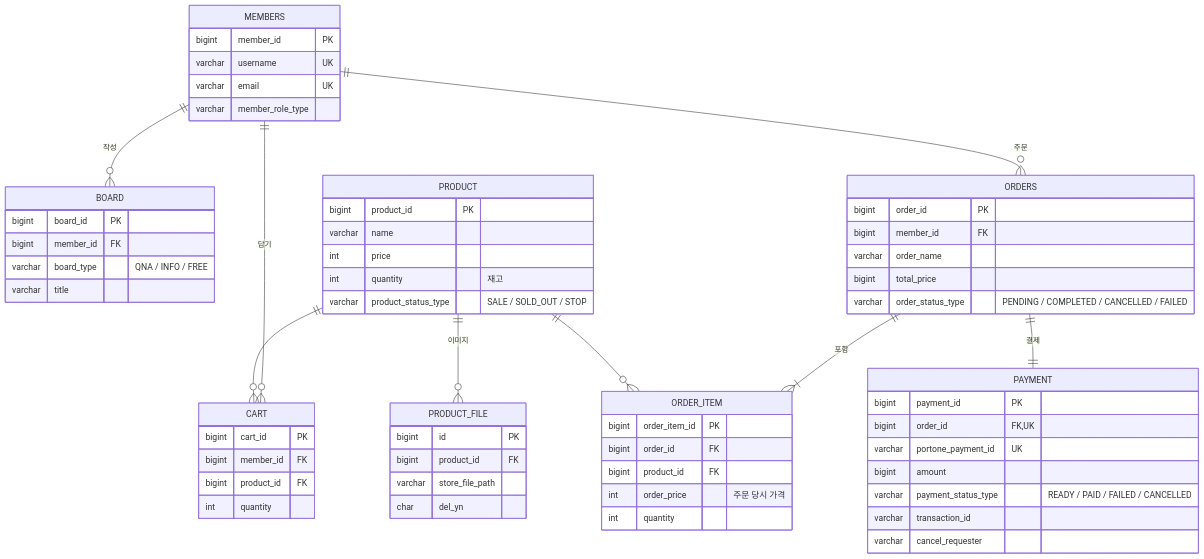
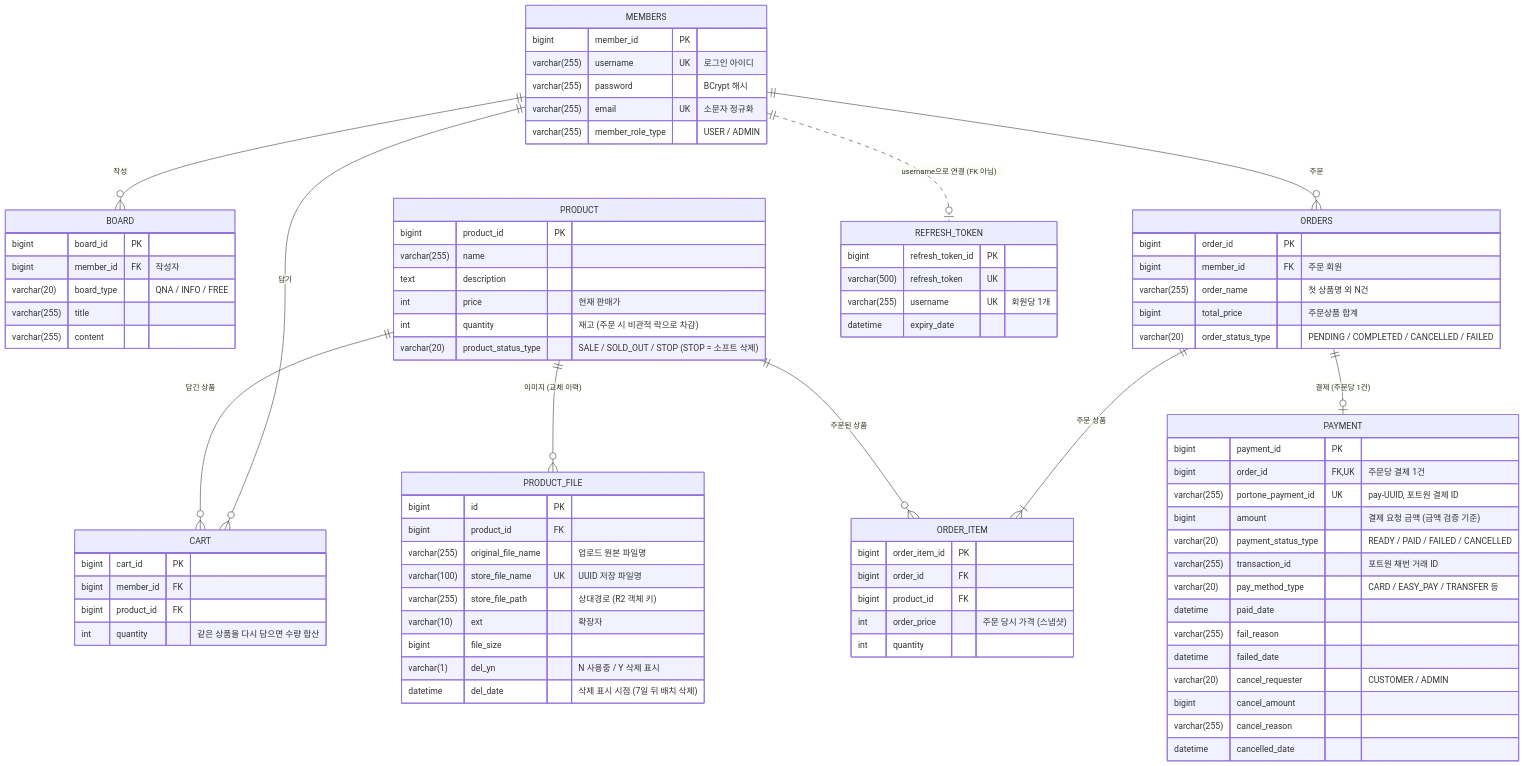
One commit to junghun92/baseshop changed the third of 4 diagrams in README.md. Above: the diagram before and after it, drawn with Mermaid. The commit also changed other lines of this file, not shown here.

````diff
--- a/README.md
+++ b/README.md
@@ -92,65 +97,87 @@
 erDiagram
     MEMBERS ||--o{ BOARD : "작성"
     MEMBERS ||--o{ CART : "담기"
-    PRODUCT ||--o{ CART : ""
+    PRODUCT ||--o{ CART : "담긴 상품"
     MEMBERS ||--o{ ORDERS : "주문"
-    ORDERS ||--|{ ORDER_ITEM : "포함"
-    PRODUCT ||--o{ ORDER_ITEM : ""
-    ORDERS ||--|| PAYMENT : "결제"
-    PRODUCT ||--o{ PRODUCT_FILE : "이미지"
+    ORDERS ||--|{ ORDER_ITEM : "주문 상품"
+    PRODUCT ||--o{ ORDER_ITEM : "주문된 상품"
+    ORDERS ||--o| PAYMENT : "결제 (주문당 1건)"
+    PRODUCT ||--o{ PRODUCT_FILE : "이미지 (교체 이력)"
+    MEMBERS ||..o| REFRESH_TOKEN : "username으로 연결 (FK 아님)"
 
     MEMBERS {
         bigint member_id PK
-        varchar username UK
-        varchar email UK
-        varchar member_role_type
+        varchar(255) username UK "로그인 아이디"
+        varchar(255) password "BCrypt 해시"
+        varchar(255) email UK "소문자 정규화"
+        varchar(255) member_role_type "USER / ADMIN"
+    }
+    BOARD {
+        bigint board_id PK
+        bigint member_id FK "작성자"
+        varchar(20) board_type "QNA / INFO / FREE"
+        varchar(255) title
+        varchar(255) content
     }
     PRODUCT {
         bigint product_id PK
-        varchar name
-        int price
-        int quantity "재고"
-        varchar product_status_type "SALE / SOLD_OUT / STOP"
+        varchar(255) name
+        text description
+        int price "현재 판매가"
+        int quantity "재고 (주문 시 비관적 락으로 차감)"
+        varchar(20) product_status_type "SALE / SOLD_OUT / STOP (STOP = 소프트 삭제)"
+    }
+    PRODUCT_FILE {
+        bigint id PK
+        bigint product_id FK
+        varchar(255) original_file_name "업로드 원본 파일명"
+        varchar(100) store_file_name UK "UUID 저장 파일명"
+        varchar(255) store_file_path "상대경로 (R2 객체 키)"
+        varchar(10) ext "확장자"
+        bigint file_size
+        varchar(1) del_yn "N 사용중 / Y 삭제 표시"
+        datetime del_date "삭제 표시 시점 (7일 뒤 배치 삭제)"
+    }
+    CART {
+        bigint cart_id PK
+        bigint member_id FK
+        bigint product_id FK
+        int quantity "같은 상품을 다시 담으면 수량 합산"
     }
     ORDERS {
         bigint order_id PK
-        bigint member_id FK
-        varchar order_name
-        bigint total_price
-        varchar order_status_type "PENDING / COMPLETED / CANCELLED / FAILED"
+        bigint member_id FK "주문 회원"
+        varchar(255) order_name "첫 상품명 외 N건"
+        bigint total_price "주문상품 합계"
+        varchar(20) order_status_type "PENDING / COMPLETED / CANCELLED / FAILED"
     }
     ORDER_ITEM {
         bigint order_item_id PK
         bigint order_id FK
         bigint product_id FK
-        int order_price "주문 당시 가격"
+        int order_price "주문 당시 가격 (스냅샷)"
         int quantity
     }
     PAYMENT {
         bigint payment_id PK
-        bigint order_id FK, UK
-        varchar portone_payment_id UK
-        bigint amount
-        varchar payment_status_type "READY / PAID / FAILED / CANCELLED"
-        varchar transaction_id
-        varchar cancel_requester
+        bigint order_id FK, UK "주문당 결제 1건"
+        varchar(255) portone_payment_id UK "pay-UUID, 포트원 결제 ID"
+        bigint amount "결제 요청 금액 (금액 검증 기준)"
+        varchar(20) payment_status_type "READY / PAID / FAILED / CANCELLED"
+        varchar(255) transaction_id "포트원 채번 거래 ID"
+        varchar(20) pay_method_type "CARD / EASY_PAY / TRANSFER 등"
+        datetime paid_date
+        varchar(255) fail_reason
+        datetime failed_date
+        varchar(20) cancel_requester "CUSTOMER / ADMIN"
+        bigint cancel_amount
+        varchar(255) cancel_reason
+        datetime cancelled_date
     }
-    CART {
-        bigint cart_id PK
-        bigint member_id FK
-        bigint product_id FK
-        int quantity
-    }
-    PRODUCT_FILE {
-        bigint id PK
-        bigint product_id FK
-        varchar store_file_path
-        char del_yn
-    }
-    BOARD {
-        bigint board_id PK
-        bigint member_id FK
-        varchar board_type "QNA / INFO / FREE"
-        varchar title
+    REFRESH_TOKEN {
+        bigint refresh_token_id PK
+        varchar(500) refresh_token UK
+        varchar(255) username UK "회원당 1개"
+        datetime expiry_date
     }
 ```
````
